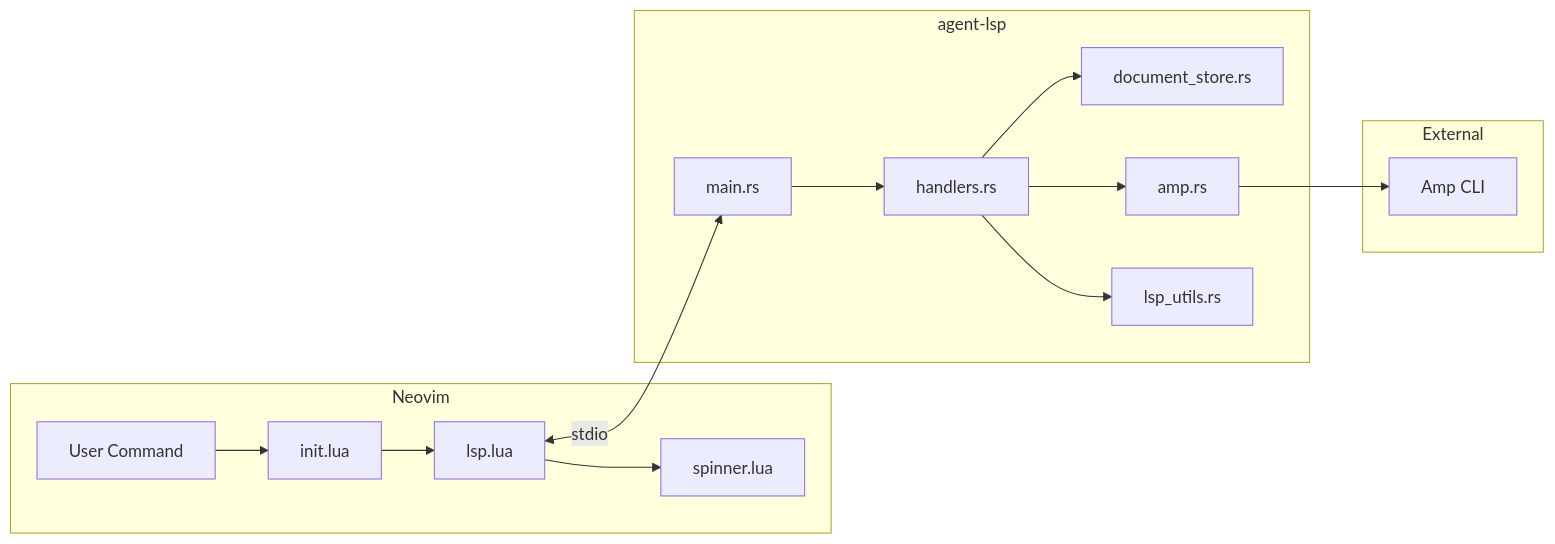
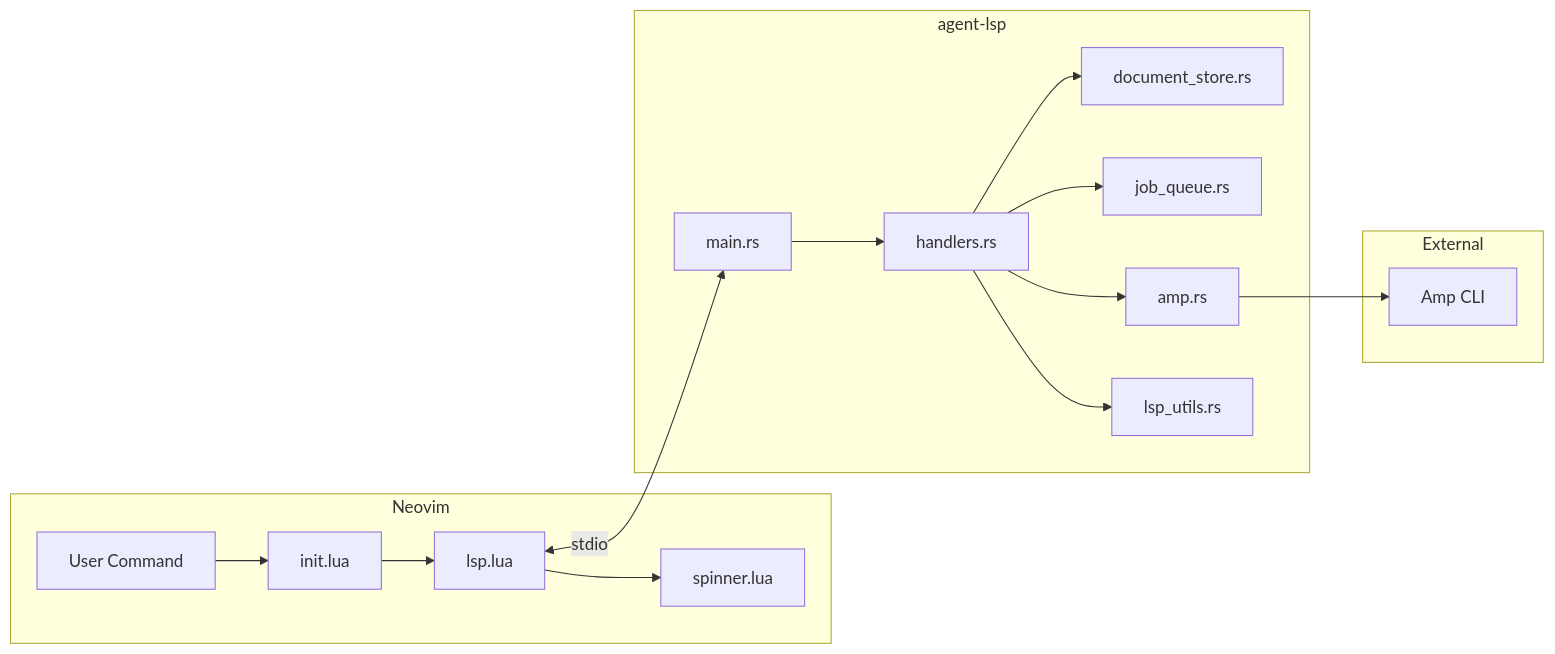
Before and after one commit to yuvaldolev/agent.nvim: the second of 2 diagrams in README.md, drawn with Mermaid. The commit also changed other lines of this file and 10 other files, not shown here.

````diff
--- a/README.md
+++ b/README.md
@@ -210,22 +215,23 @@
 ```mermaid
 flowchart LR
     subgraph Neovim
         A[User Command] --> B[init.lua]
         B --> C[lsp.lua]
         C --> D[spinner.lua]
     end
     
     subgraph LSP["agent-lsp"]
         E[main.rs] --> F[handlers.rs]
         F --> G[document_store.rs]
+        F --> K[job_queue.rs]
         F --> H[amp.rs]
         F --> I[lsp_utils.rs]
     end
     
     subgraph External
         J[Amp CLI]
     end
     
     C <-->|stdio| E
     H --> J
 ```
````
